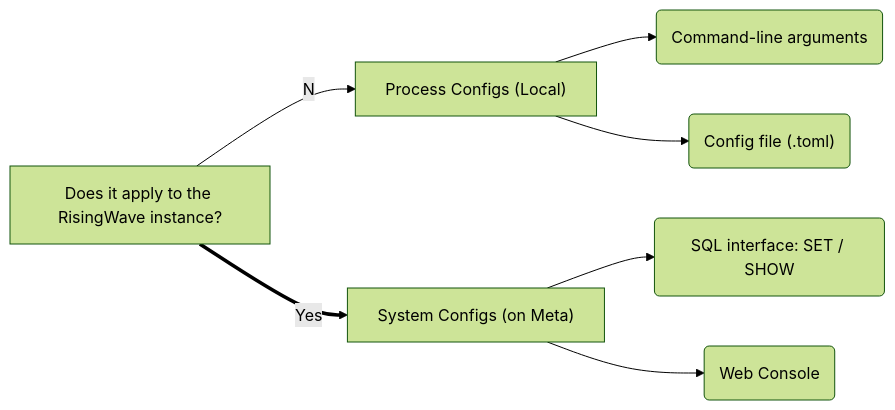
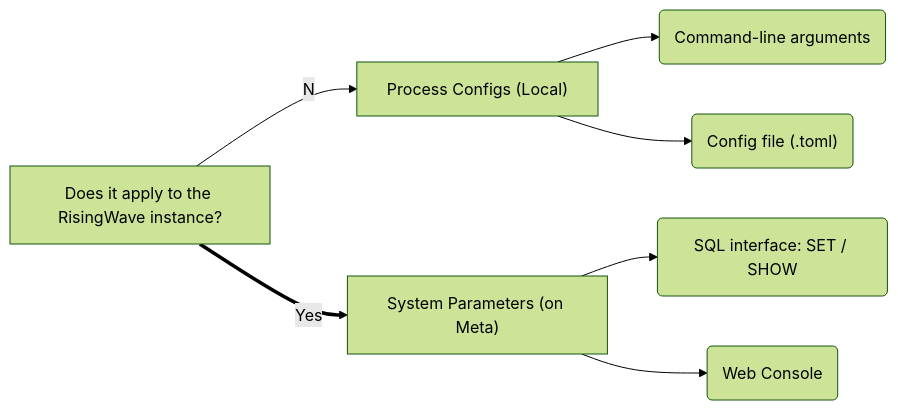
The diagram in rfcs/0034-system-parameters.md (risingwavelabs/rfcs), drawn with Mermaid (forest theme) before and after one commit. The commit also changed other lines of this file, not shown here.

````diff
--- a/rfcs/0034-system-parameters.md
+++ b/rfcs/0034-system-parameters.md
@@ -32,10 +31,10 @@
 ```mermaid
 graph LR
     all[Does it apply to the RisingWave instance?]
     all ==No==> process["Process Configs (Local)"]
-    all ==Yes==> system["System Configs (on Meta)"]
+    all ==Yes==> system["System Parameters (on Meta)"]
     process --> cli_args(Command-line arguments)
     process --> conf_file("Config file (.toml)")
     system --> sql_cmd(SQL interface: SET / SHOW)
     system --> cloud(Web Console)
 ```
````
